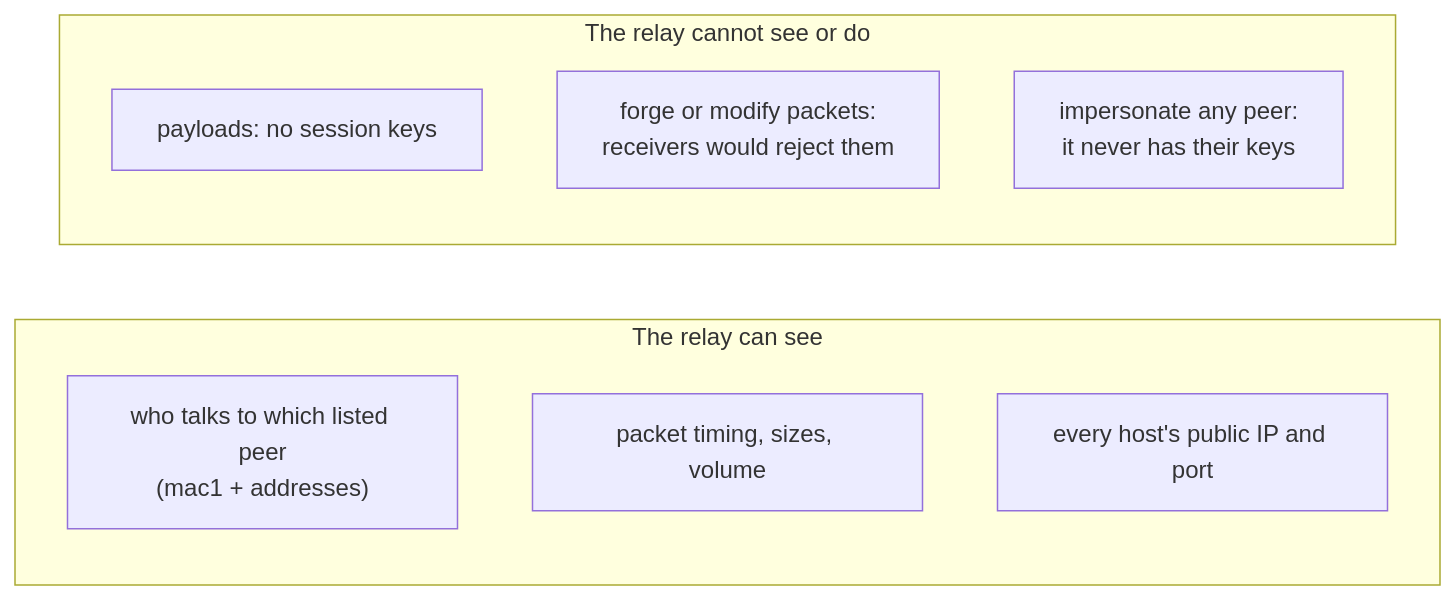
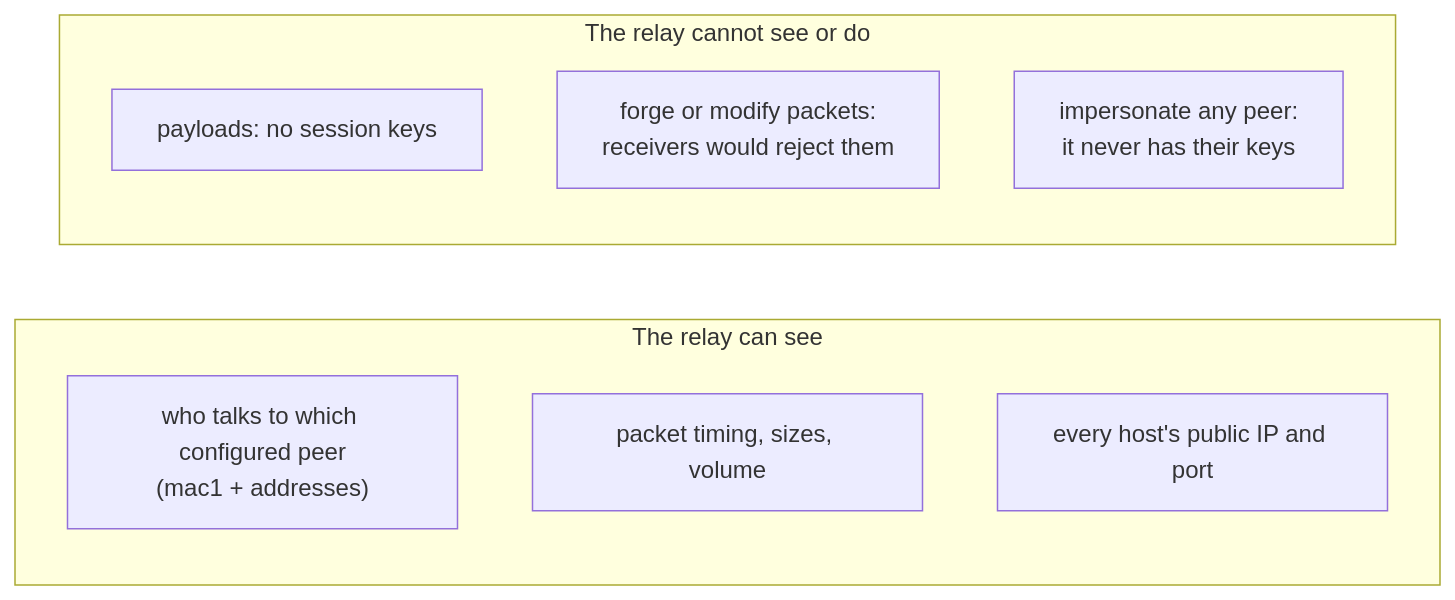
Diagram 21 of 23 in docs/how-it-works.md (3alpha/wg-relay), drawn with Mermaid before and after one commit. The commit also changed other lines of this file and 46 other files, not shown here.

````diff
--- a/docs/how-it-works.md
+++ b/docs/how-it-works.md
@@ -713,13 +715,13 @@
 ```mermaid
 flowchart LR
     subgraph visible["The relay can see"]
-        V1["who talks to which listed peer<br/>(mac1 + addresses)"]
+        V1["who talks to which configured peer<br/>(mac1 + addresses)"]
         V3["packet timing, sizes, volume"]
         V4["every host's public IP and port"]
     end
     subgraph hidden["The relay cannot see or do"]
         H1["payloads: no session keys"]
         H2["forge or modify packets:<br/>receivers would reject them"]
         H3["impersonate any peer:<br/>it never has their keys"]
     end
 ```
````
